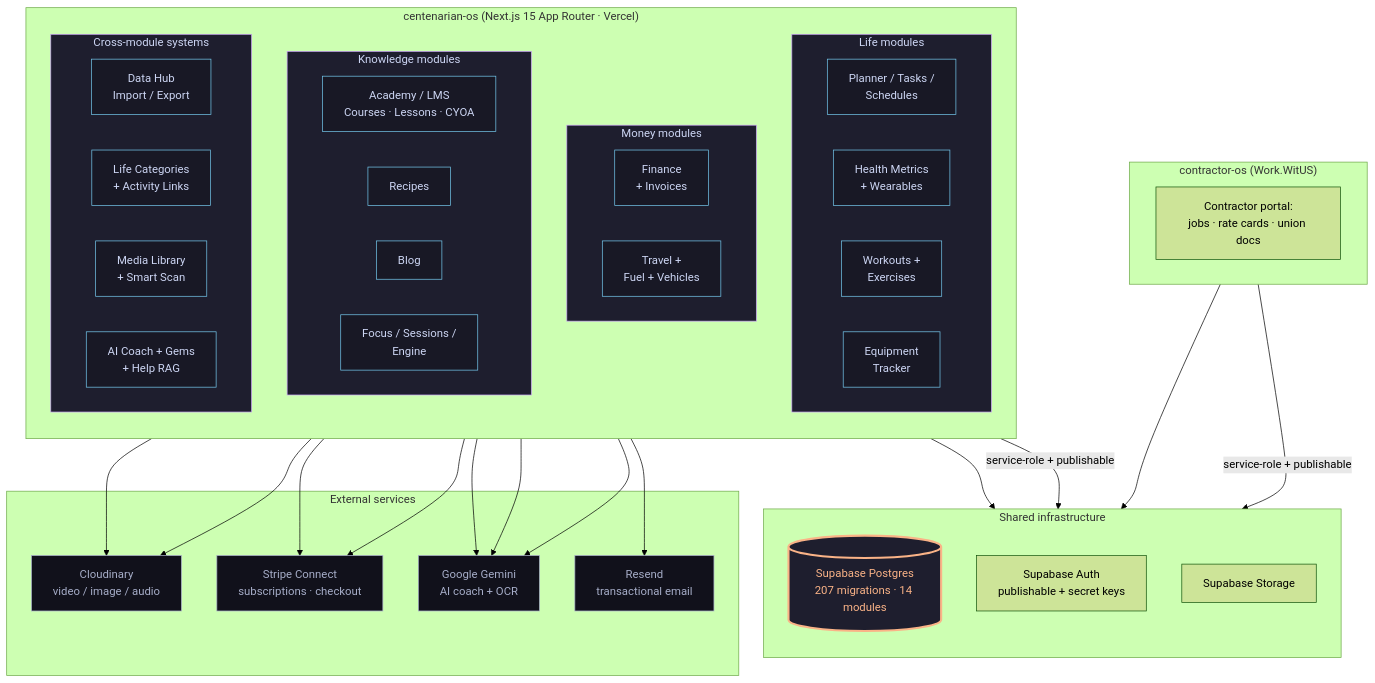
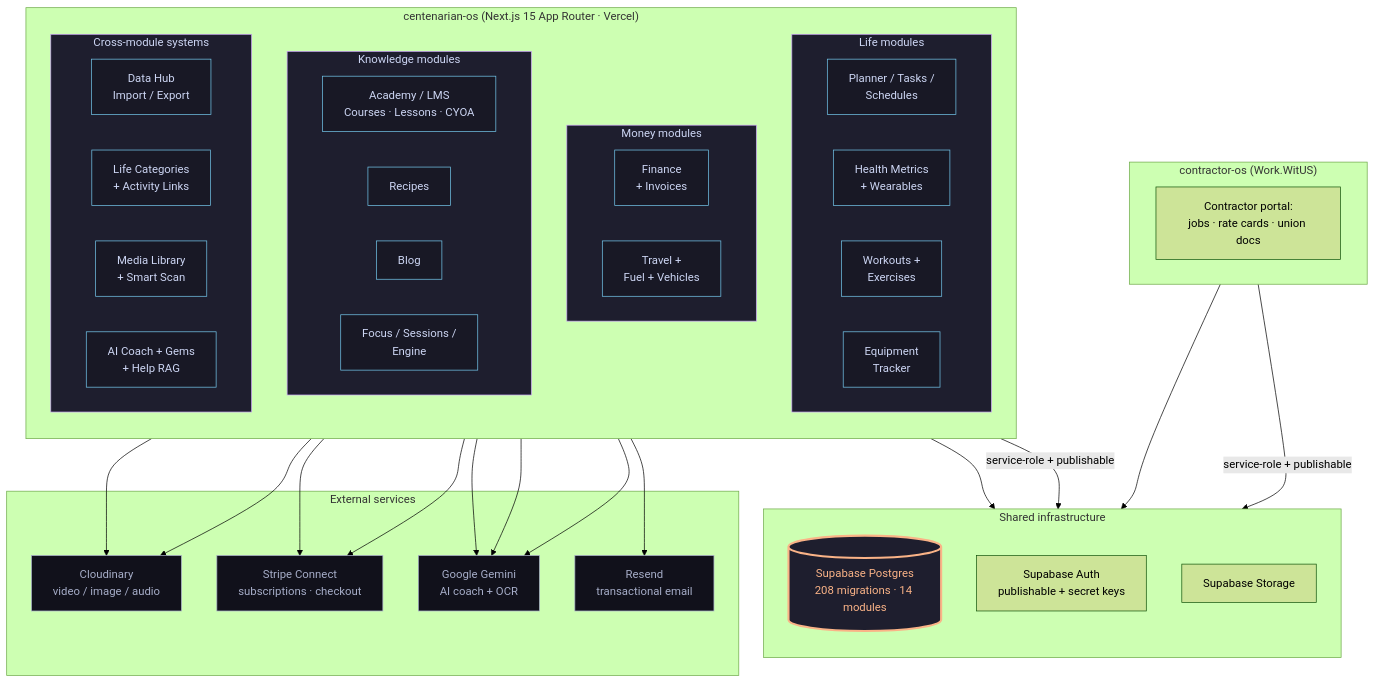
Before and after one commit to dapperAuteur/centenarian-os: the first of 2 diagrams in ARCHITECTURE.md, drawn with Mermaid (forest theme). The commit also changed other lines of this file and 2 other files, not shown here.

Commit message:
docs: migration count is 208 (205 calendar accounts, 208 budget periods)

````diff
--- a/ARCHITECTURE.md
+++ b/ARCHITECTURE.md
@@ -14,76 +14,76 @@
 ```mermaid
 flowchart TB
   classDef shell fill:#1e1e2e,stroke:#cba6f7,color:#cdd6f4
   classDef module fill:#181825,stroke:#74c7ec,color:#cdd6f4
   classDef shared fill:#1e1e2e,stroke:#fab387,color:#fab387,stroke-width:3px
   classDef external fill:#11111b,stroke:#a6adc8,color:#a6adc8
 
   subgraph CentOS["centenarian-os (Next.js 15 App Router · Vercel)"]
     direction TB
 
     subgraph Life["Life modules"]
       direction LR
       Planner[Planner / Tasks /<br/>Schedules]
       Health[Health Metrics<br/>+ Wearables]
       Workouts[Workouts +<br/>Exercises]
       Equipment[Equipment<br/>Tracker]
     end
 
     subgraph Money["Money modules"]
       direction LR
       Finance[Finance<br/>+ Invoices]
       Travel[Travel +<br/>Fuel + Vehicles]
     end
 
     subgraph Knowledge["Knowledge modules"]
       direction LR
       Academy[Academy / LMS<br/>Courses · Lessons · CYOA]
       Recipes[Recipes]
       Blog[Blog]
       Focus[Focus / Sessions /<br/>Engine]
     end
 
     subgraph Cross["Cross-module systems"]
       direction LR
       DataHub[Data Hub<br/>Import / Export]
       Categories[Life Categories<br/>+ Activity Links]
       MediaLib[Media Library<br/>+ Smart Scan]
       Coach[AI Coach + Gems<br/>+ Help RAG]
     end
   end
 
   subgraph Shared["Shared infrastructure"]
     direction TB
-    Supabase[(Supabase Postgres<br/>207 migrations · 14 modules)]:::shared
+    Supabase[(Supabase Postgres<br/>208 migrations · 14 modules)]:::shared
     SupaAuth[Supabase Auth<br/>publishable + secret keys]
     SupaStorage[Supabase Storage]
   end
 
   subgraph Sibling["contractor-os (Work.WitUS)"]
     Contractor[Contractor portal:<br/>jobs · rate cards · union docs]
   end
 
   subgraph External["External services"]
     Cloudinary[Cloudinary<br/>video / image / audio]
     Stripe[Stripe Connect<br/>subscriptions · checkout]
     Gemini[Google Gemini<br/>AI coach + OCR]
     Resend[Resend<br/>transactional email]
   end
 
   CentOS -->|service-role + publishable| Supabase
   Sibling -->|service-role + publishable| Supabase
   CentOS --> SupaAuth
   Sibling --> SupaAuth
   CentOS --> Cloudinary
   CentOS --> Stripe
   CentOS --> Gemini
   CentOS --> Resend
   Coach --> Gemini
   MediaLib --> Cloudinary
   MediaLib --> Gemini
   Finance --> Stripe
 
   class Life,Money,Knowledge,Cross shell
   class Planner,Health,Workouts,Equipment,Finance,Travel,Academy,Recipes,Blog,Focus,DataHub,Categories,MediaLib,Coach module
   class Cloudinary,Stripe,Gemini,Resend external
 ```
````
